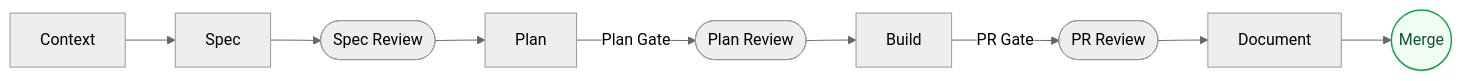
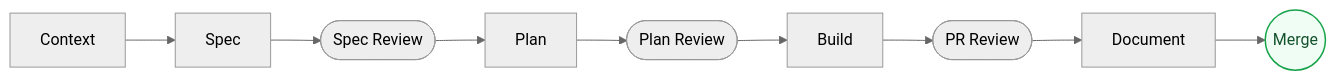
Before and after one commit to Hotusa-Data/ehc-agent-harness: the second of 2 diagrams in README.md, drawn with Mermaid. The commit also changed other lines of this file and 10 other files, not shown here.

````diff
--- a/README.md
+++ b/README.md
@@ -52,22 +52,22 @@
 ```mermaid
 ---
 config:
   theme: neutral
 ---
 flowchart LR
-    accTitle: Development Cycle with Human Reviews and AI Gates
-    accDescr: Five phases from Context to Document, with Spec Review, Plan Review and PR Review as human checkpoints, and Plan Gate and PR Gate as AI-run checklists.
+    accTitle: Development Cycle with Human Reviews
+    accDescr: Five phases from Context to Document, with Spec Review, Plan Review and PR Review as human checkpoints.
 
     ctx["Context"] --> spec["Spec"]
     spec --> rev1(["Spec Review"])
     rev1 --> plan["Plan"]
-    plan -->|Plan Gate| rev2(["Plan Review"])
+    plan --> rev2(["Plan Review"])
     rev2 --> build["Build"]
-    build -->|PR Gate| rev3(["PR Review"])
+    build --> rev3(["PR Review"])
     rev3 --> doc["Document"]
     doc --> merge(("Merge"))
 
     classDef ok fill:#f0fdf4,stroke:#16a34a,stroke-width:1.5px,color:#14532d
 
     class merge ok
 ```
````
